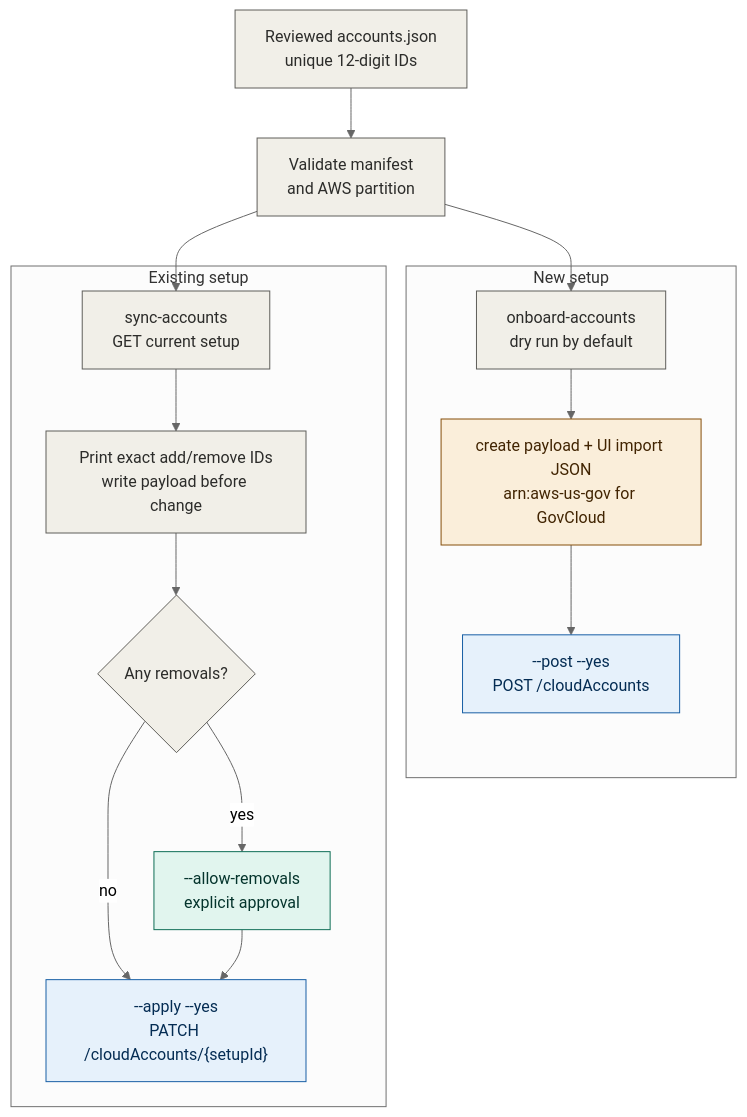
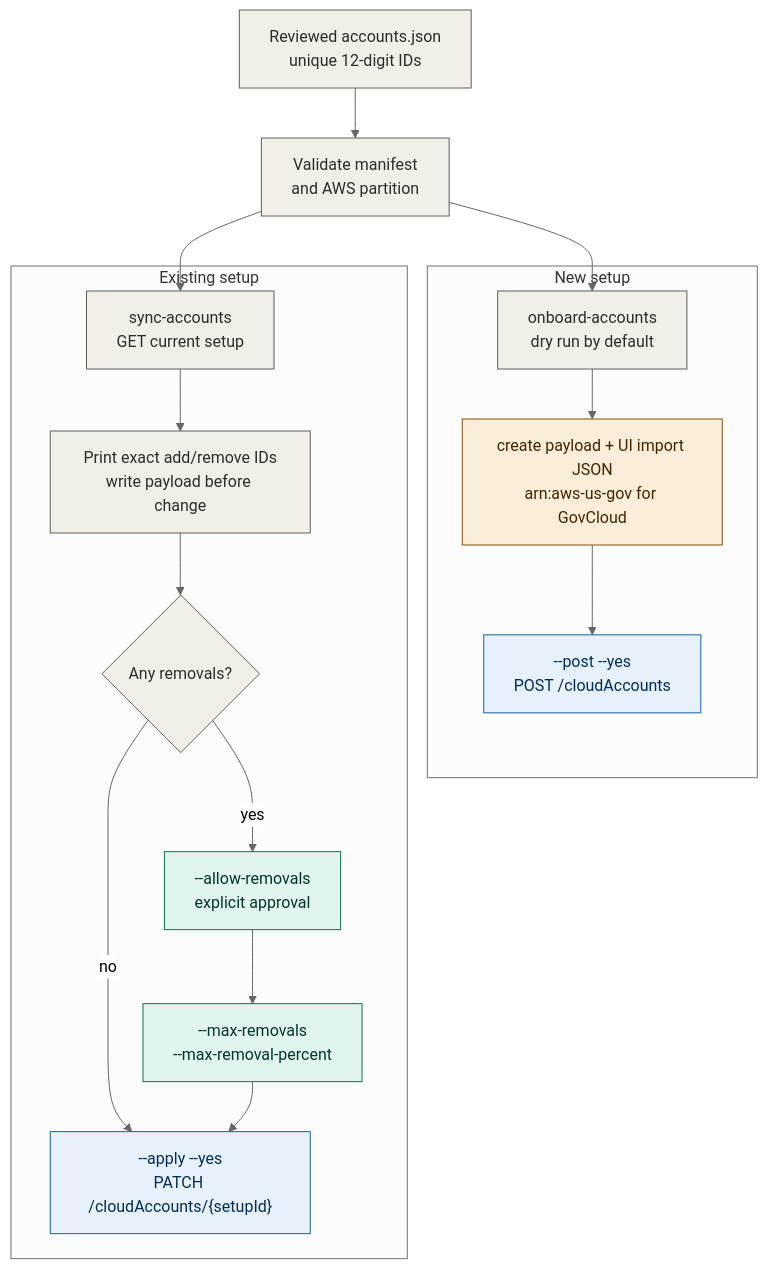
One commit to forwardnetworks/aws-sync changed the fourth of 8 diagrams in docs/architecture-flow.md. Above: the diagram before and after it, drawn with Mermaid (neutral theme). The commit also changed other lines of this file and 15 other files, not shown here.

First line of the commit message:
feat: add removal blast-radius safeguards

````diff
--- a/docs/architecture-flow.md
+++ b/docs/architecture-flow.md
@@ -156,35 +161,36 @@
 ```mermaid
 flowchart TB
     manifest["Reviewed accounts.json\nunique 12-digit IDs"]
     validate["Validate manifest\nand AWS partition"]
 
     subgraph create_path["New setup"]
         onboard["onboard-accounts\ndry run by default"]
         create_files["create payload + UI import JSON\narn:aws-us-gov for GovCloud"]
         post["--post --yes\nPOST /cloudAccounts"]
     end
 
     subgraph update_path["Existing setup"]
         sync["sync-accounts\nGET current setup"]
         diff["Print exact add/remove IDs\nwrite payload before change"]
         removal{"Any removals?"}
         patch["--apply --yes\nPATCH /cloudAccounts/{setupId}"]
         approved["--allow-removals\nexplicit approval"]
+        blast["--max-removals\n--max-removal-percent"]
     end
 
     manifest --> validate
     validate --> onboard --> create_files --> post
     validate --> sync --> diff --> removal
     removal -- "no" --> patch
-    removal -- "yes" --> approved --> patch
+    removal -- "yes" --> approved --> blast --> patch
 
     classDef neutral fill:#F1EFE8,stroke:#5F5E5A,color:#2C2C2A;
     classDef fwdnode fill:#E6F1FB,stroke:#185FA5,color:#042C53;
     classDef artifact fill:#FAEEDA,stroke:#854F0B,color:#412402;
     classDef safe fill:#E1F5EE,stroke:#0F6E56,color:#04342C;
 
     class manifest,validate,onboard,sync,diff,removal neutral;
     class create_files artifact;
     class post,patch fwdnode;
-    class approved safe;
+    class approved,blast safe;
 ```
````
